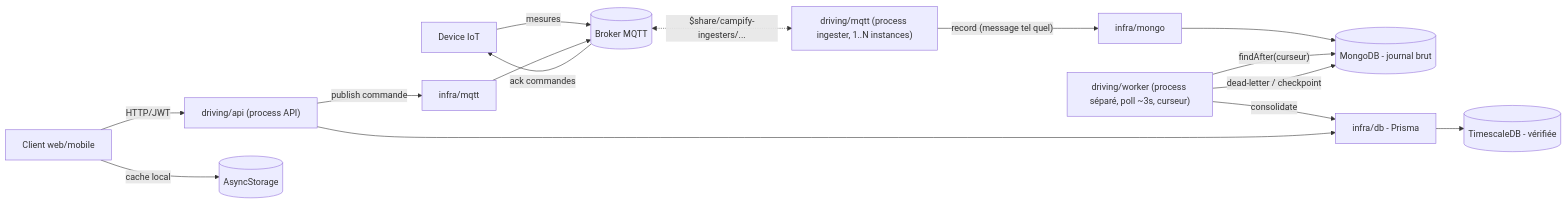
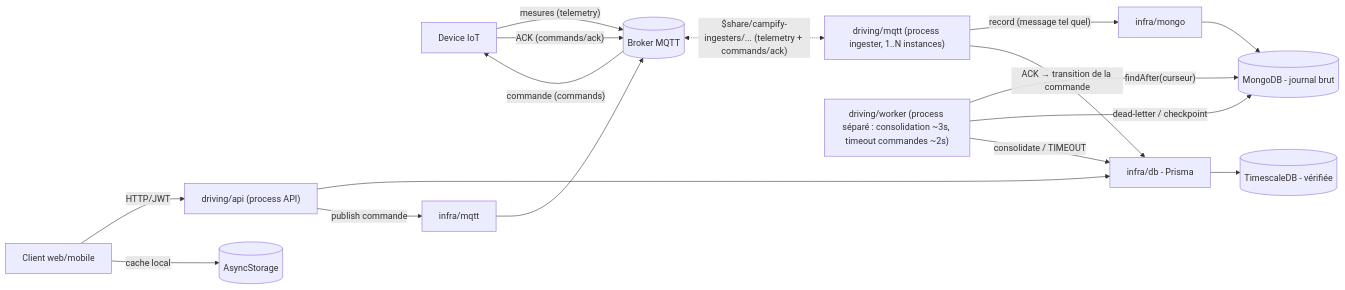
The first of 2 diagrams in docs/architecture.md (MaxOuvrard/Campify), drawn with Mermaid before and after one commit. The commit also changed other lines of this file and 6 other files, not shown here.

Commit message:
feat : finalisation J4, preuve depuis le téléphone et flux de commande dans l'architecture

````diff
--- a/docs/architecture.md
+++ b/docs/architecture.md
@@ -63,19 +63,21 @@
 ```mermaid
 flowchart LR
-    Device[Device IoT] -- mesures --> Broker[(Broker MQTT)]
-    Broker -- ack commandes --> Device
-    Broker <-. "$share/campify-ingesters/..." .-> MqttDriving["driving/mqtt (process ingester, 1..N instances)"]
+    Device[Device IoT] -- "mesures (telemetry)" --> Broker[(Broker MQTT)]
+    Device -- "ACK (commands/ack)" --> Broker
+    Broker -- "commande (commands)" --> Device
+    Broker <-. "$share/campify-ingesters/... (telemetry + commands/ack)" .-> MqttDriving["driving/mqtt (process ingester, 1..N instances)"]
     MqttDriving -- "record (message tel quel)" --> RawInfra[infra/mongo]
     RawInfra --> RawDB[(MongoDB - journal brut)]
+    MqttDriving -- "ACK → transition de la commande" --> Infra
 
-    WorkerDriving["driving/worker (process séparé, poll ~3s, curseur)"] -- "findAfter(curseur)" --> RawDB
+    WorkerDriving["driving/worker (process séparé : consolidation ~3s, timeout commandes ~2s)"] -- "findAfter(curseur)" --> RawDB
     WorkerDriving -- "dead-letter / checkpoint" --> RawDB
-    WorkerDriving -- consolidate --> Infra[infra/db - Prisma]
+    WorkerDriving -- "consolidate / TIMEOUT" --> Infra[infra/db - Prisma]
     Infra --> DB[(TimescaleDB - vérifiée)]
 
     Client[Client web/mobile] -- HTTP/JWT --> ApiDriving["driving/api (process API)"]
     ApiDriving --> Infra
     Client -- cache local --> MobileCache[(AsyncStorage)]
     ApiDriving -- publish commande --> InfraMqtt[infra/mqtt]
     InfraMqtt --> Broker
 ```
````
